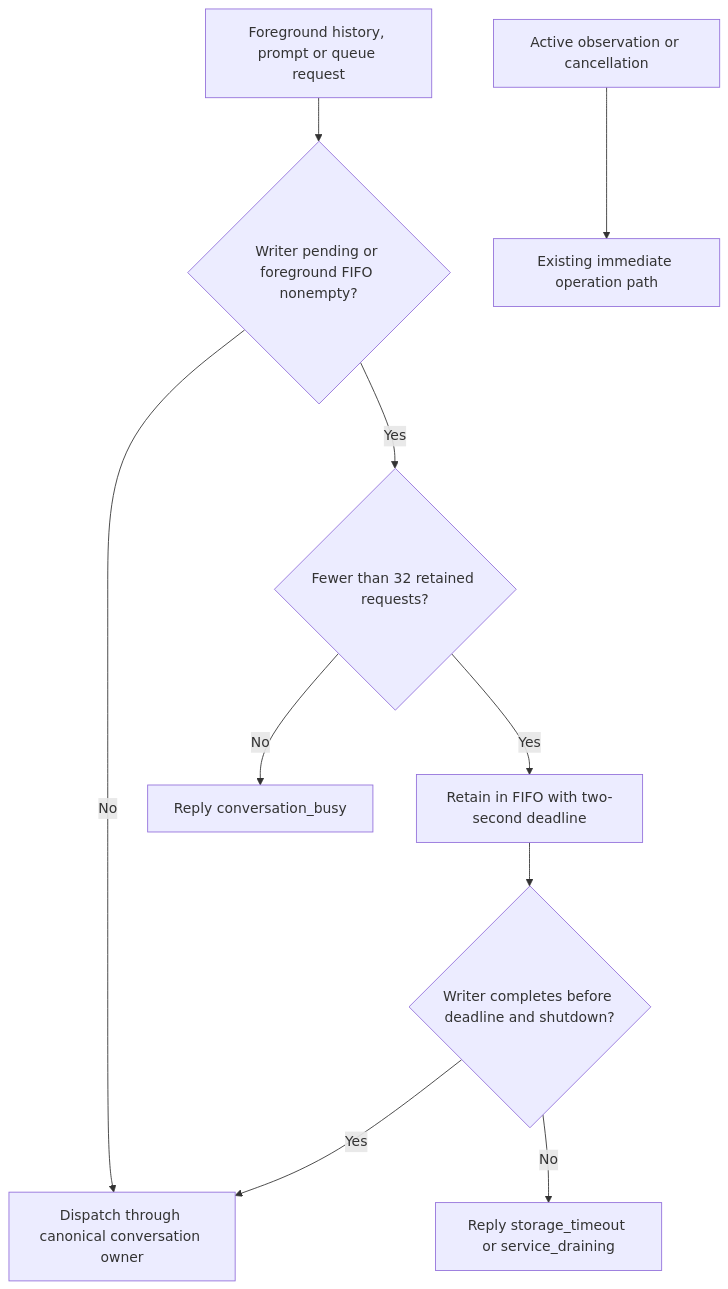
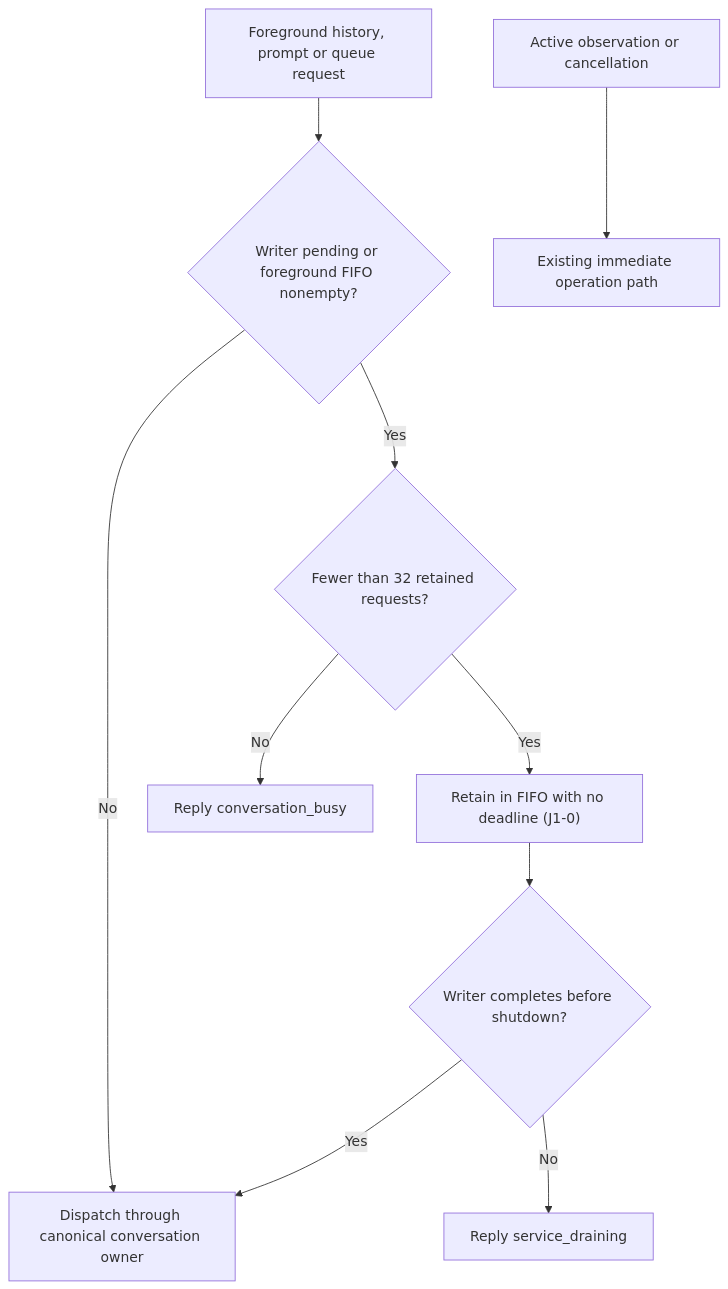
Before and after one commit to pidster/asura: the third of 5 diagrams in docs/designs/conversation-restoration.md, drawn with Mermaid. The commit also changed other lines of this file and 56 other files, not shown here.

````diff
--- a/docs/designs/conversation-restoration.md
+++ b/docs/designs/conversation-restoration.md
@@ -155,12 +155,12 @@
 ```mermaid
 flowchart TD
     Request["Foreground history, prompt or queue request"] --> Pending{"Writer pending or foreground FIFO nonempty?"}
     Pending -->|No| Dispatch["Dispatch through canonical conversation owner"]
     Pending -->|Yes| Space{"Fewer than 32 retained requests?"}
     Space -->|No| Busy["Reply conversation_busy"]
-    Space -->|Yes| Retain["Retain in FIFO with two-second deadline"]
-    Retain --> Ready{"Writer completes before deadline and shutdown?"}
+    Space -->|Yes| Retain["Retain in FIFO with no deadline (J1-0)"]
+    Retain --> Ready{"Writer completes before shutdown?"}
     Ready -->|Yes| Dispatch
-    Ready -->|No| Error["Reply storage_timeout or service_draining"]
+    Ready -->|No| Error["Reply service_draining"]
     Immediate["Active observation or cancellation"] --> Bypass["Existing immediate operation path"]
 ```
````
